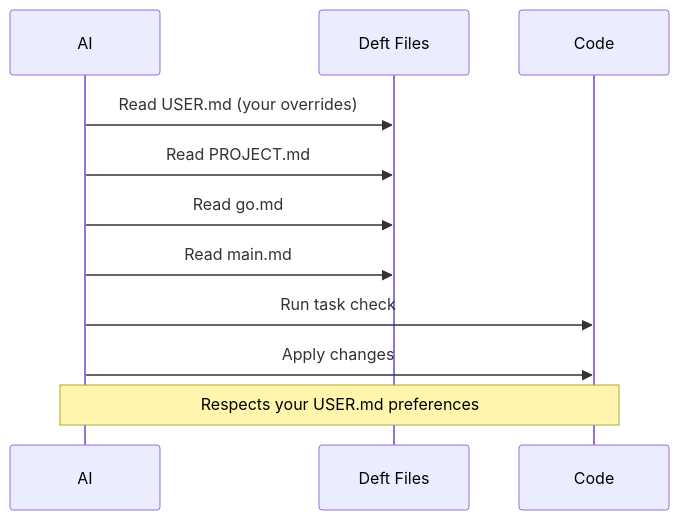
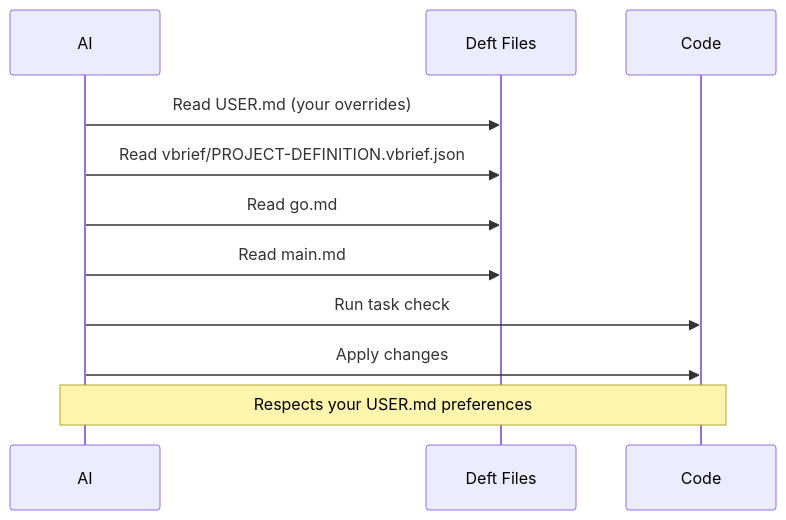
Before and after one commit to deftai/directive: the seventh of 8 diagrams in README.md, drawn with Mermaid. The commit also changed other lines of this file and 6 other files, not shown here.

````diff
--- a/README.md
+++ b/README.md
@@ -726,14 +736,14 @@
 ```mermaid
 sequenceDiagram
     participant AI
     participant Files as Deft Files
     participant Code
 
     AI->>Files: Read USER.md (your overrides)
-    AI->>Files: Read PROJECT.md
+    AI->>Files: Read vbrief/PROJECT-DEFINITION.vbrief.json
     AI->>Files: Read go.md
     AI->>Files: Read main.md
     AI->>Code: Run task check
     AI->>Code: Apply changes
     Note over AI,Code: Respects your USER.md preferences
 ```
````
